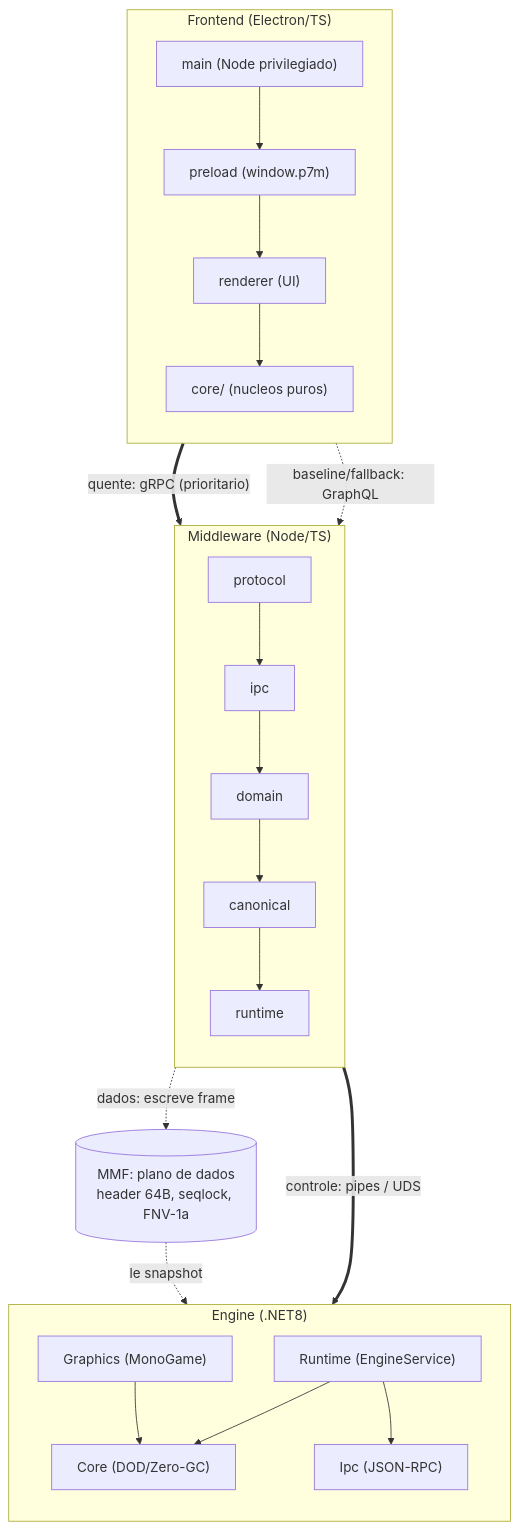
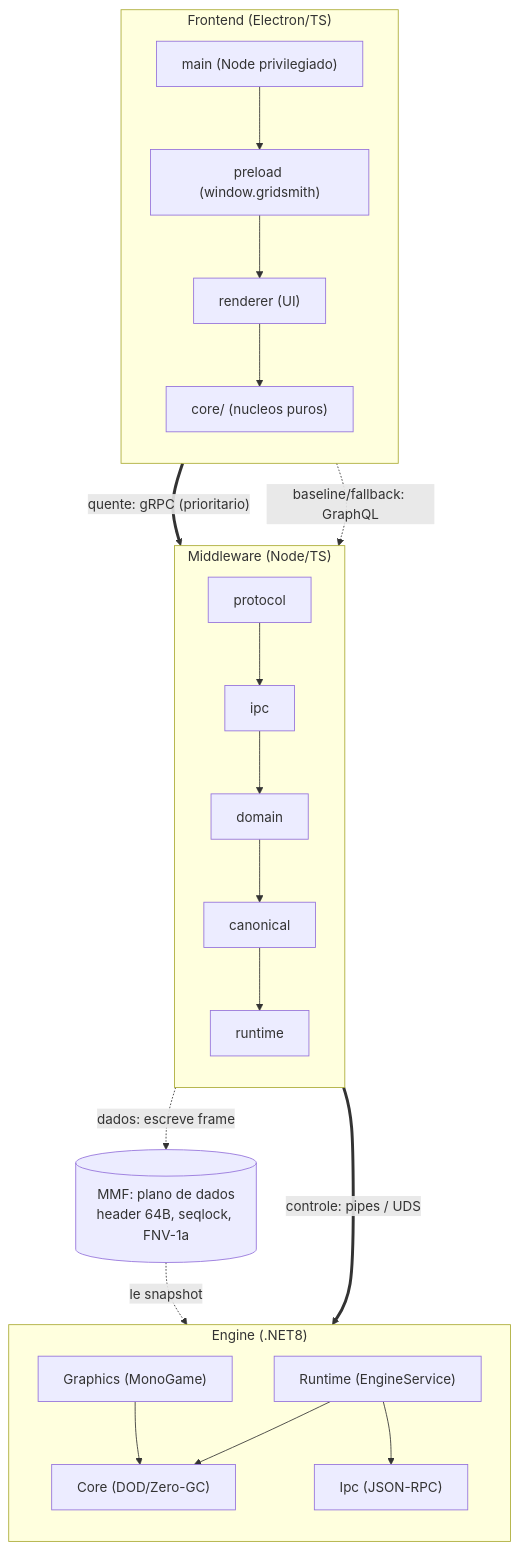
One commit to flaviotinococoutinho/Gridsmith changed the first of 3 diagrams in README.md. Above: the diagram before and after it, drawn with Mermaid. The commit also changed other lines of this file and 220 other files, not shown here.

````diff
--- a/README.md
+++ b/README.md
@@ -13,36 +13,36 @@
 ```mermaid
 graph TD
   subgraph FE["Frontend (Electron/TS)"]
     direction TB
     FEmain["main (Node privilegiado)"]
-    FEpre["preload (window.p7m)"]
+    FEpre["preload (window.gridsmith)"]
     FErnd["renderer (UI)"]
     FEcore["core/ (nucleos puros)"]
     FEmain --> FEpre --> FErnd --> FEcore
   end
   subgraph MW["Middleware (Node/TS)"]
     direction TB
     MWproto["protocol"]
     MWipc["ipc"]
     MWdom["domain"]
     MWcanon["canonical"]
     MWrt["runtime"]
     MWproto --> MWipc --> MWdom --> MWcanon --> MWrt
   end
   subgraph EN["Engine (.NET8)"]
     direction TB
     ENgfx["Graphics (MonoGame)"]
     ENrt["Runtime (EngineService)"]
     ENcore["Core (DOD/Zero-GC)"]
     ENipc["Ipc (JSON-RPC)"]
     ENrt --> ENcore
     ENrt --> ENipc
     ENgfx --> ENcore
   end
   MMF[("MMF: plano de dados<br/>header 64B, seqlock, FNV-1a")]
   FEmain == "quente: gRPC (prioritario)" ==> MWproto
   FEmain -. "baseline/fallback: GraphQL" .-> MWproto
   MWipc == "controle: pipes / UDS" ==> ENipc
   MWrt -. "dados: escreve frame" .-> MMF
   MMF -. "le snapshot" .-> ENrt
 ```
````
